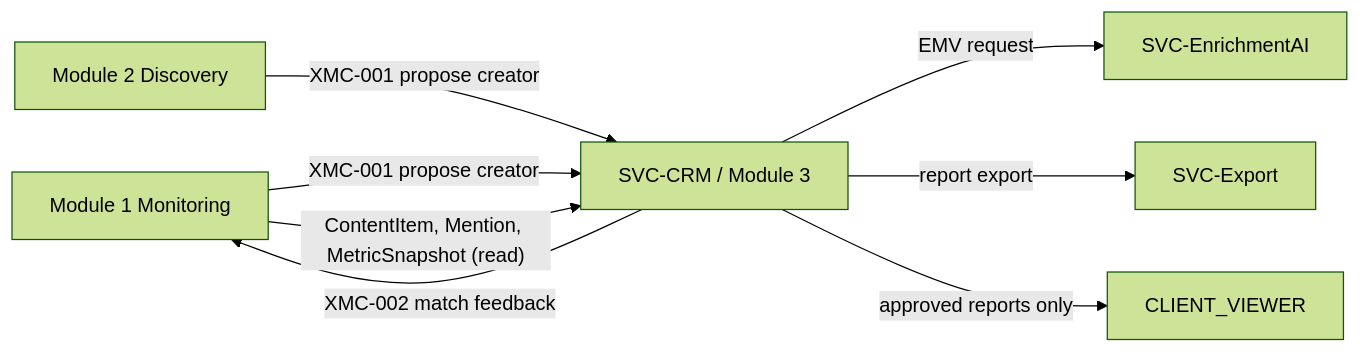
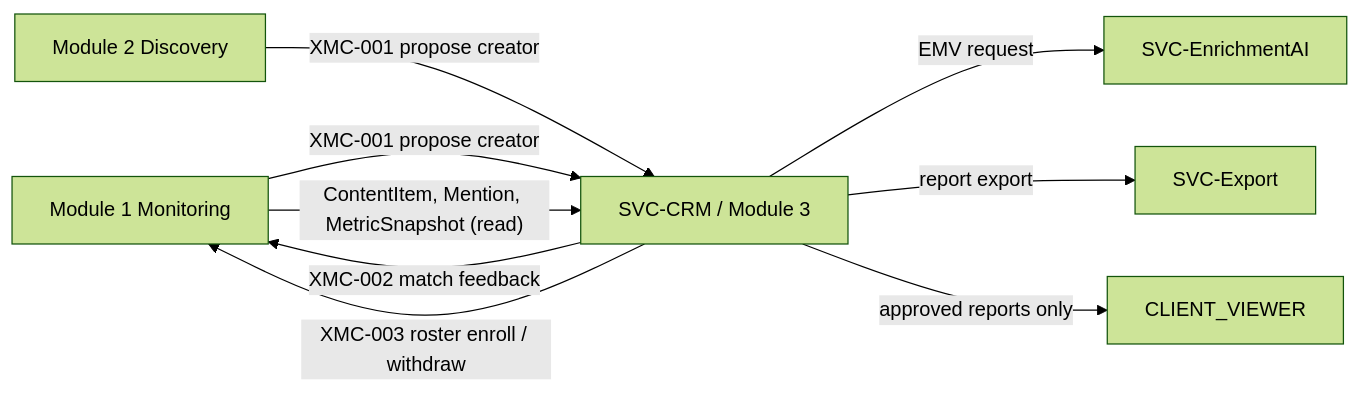
One commit to Mohamed-Dhia-Nasri/question-de-style changed the diagram in docs/50-modules/module-3-crm-seeding.md. Above: the diagram before and after it, drawn with Mermaid (forest theme). The commit also changed other lines of this file and 431 other files, not shown here.

````diff
--- a/docs/50-modules/module-3-crm-seeding.md
+++ b/docs/50-modules/module-3-crm-seeding.md
@@ -309,10 +317,11 @@
 ```mermaid
 flowchart LR
   M1[Module 1 Monitoring] -- XMC-001 propose creator --> CRM[SVC-CRM / Module 3]
   M2[Module 2 Discovery] -- XMC-001 propose creator --> CRM
   M1 -- ContentItem, Mention, MetricSnapshot (read) --> CRM
   CRM -- XMC-002 match feedback --> M1
+  CRM -- XMC-003 roster enroll / withdraw --> M1
   CRM -- EMV request --> ENR[SVC-EnrichmentAI]
   CRM -- report export --> EXP[SVC-Export]
   CRM -- approved reports only --> CV[CLIENT_VIEWER]
 ```
````
